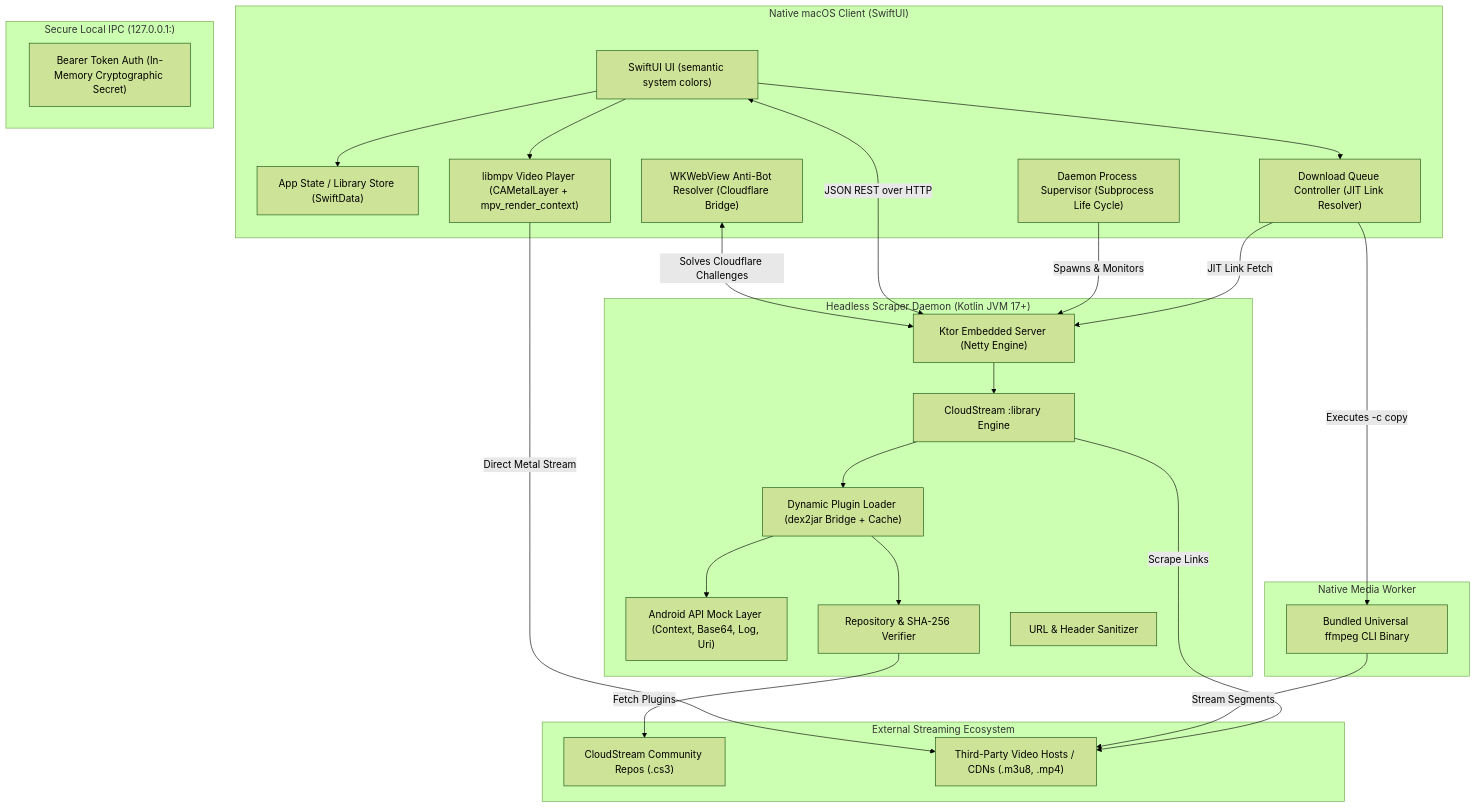
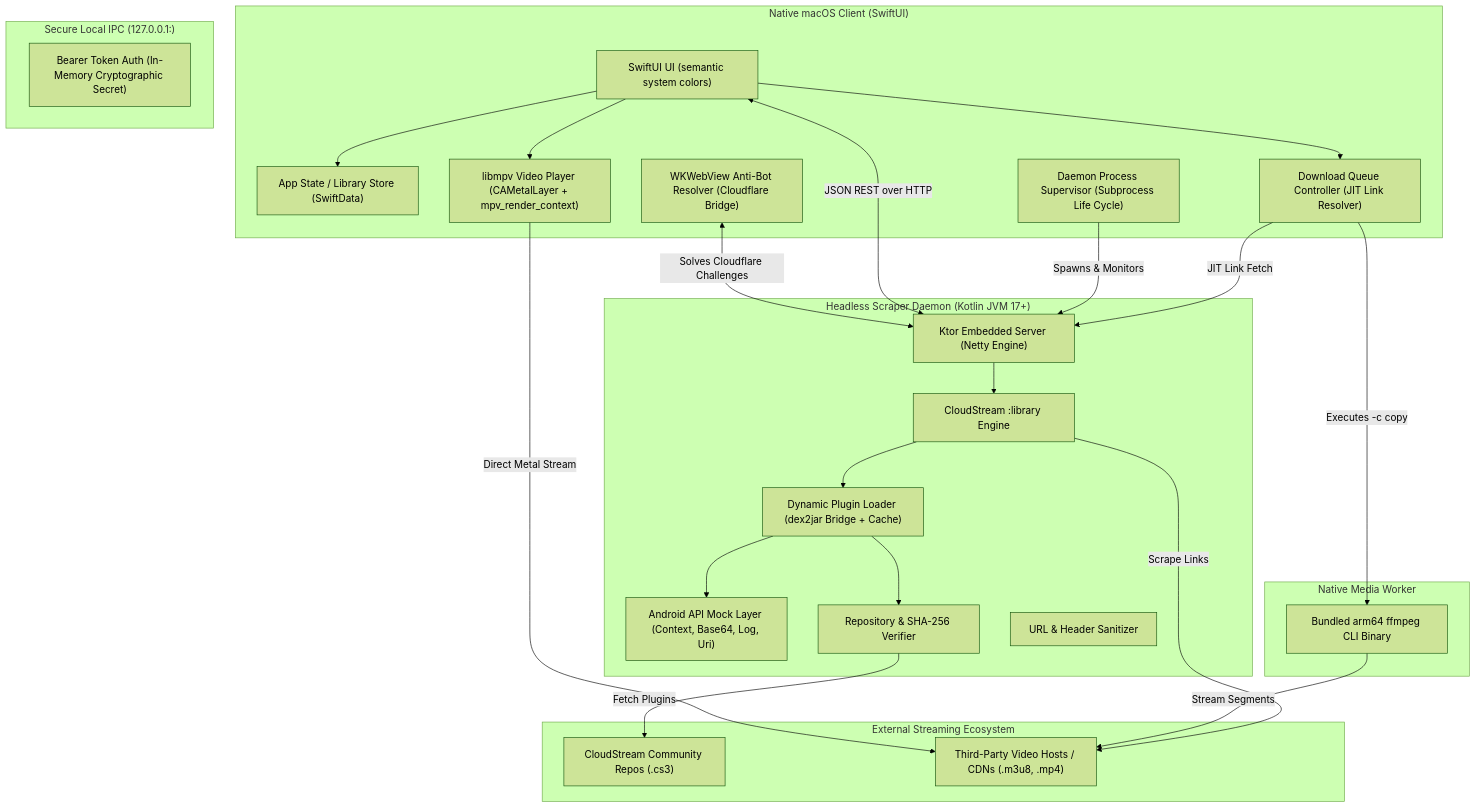
The diagram in docs/Architecture.md (krishnasinghrao/cloudstream-macos), drawn with Mermaid (forest theme) before and after one commit. The commit also changed 9 other files, not shown here.

````diff
--- a/docs/Architecture.md
+++ b/docs/Architecture.md
@@ -82,51 +82,51 @@
 ```mermaid
 graph TD
     subgraph "Native macOS Client (SwiftUI)"
         UI["SwiftUI UI (semantic system colors)"]
         State["App State / Library Store (SwiftData)"]
         ProcMgr["Daemon Process Supervisor (Subprocess Life Cycle)"]
         Player["libmpv Video Player (CAMetalLayer + mpv_render_context)"]
         Downloader["Download Queue Controller (JIT Link Resolver)"]
         WebBridge["WKWebView Anti-Bot Resolver (Cloudflare Bridge)"]
     end
 
     subgraph "Secure Local IPC (127.0.0.1:<random-port>)"
         Auth["Bearer Token Auth (In-Memory Cryptographic Secret)"]
     end
 
     subgraph "Headless Scraper Daemon (Kotlin JVM 17+)"
         Ktor["Ktor Embedded Server (Netty Engine)"]
         CSCore["CloudStream :library Engine"]
         AndroidStubs["Android API Mock Layer (Context, Base64, Log, Uri)"]
         PluginMgr["Dynamic Plugin Loader (dex2jar Bridge + Cache)"]
         RepoMgr["Repository & SHA-256 Verifier"]
         Sanitizer["URL & Header Sanitizer"]
     end
 
     subgraph "External Streaming Ecosystem"
         CommunityRepos["CloudStream Community Repos (.cs3)"]
         VideoHosts["Third-Party Video Hosts / CDNs (.m3u8, .mp4)"]
     end
 
     subgraph "Native Media Worker"
-        FFmpeg["Bundled Universal ffmpeg CLI Binary"]
+        FFmpeg["Bundled arm64 ffmpeg CLI Binary"]
     end
 
     UI --> State
     UI --> Player
     UI --> Downloader
     Downloader -->|JIT Link Fetch| Ktor
     Downloader -->|Executes -c copy| FFmpeg
     ProcMgr -->|Spawns & Monitors| Ktor
     UI <-->|JSON REST over HTTP| Ktor
     WebBridge <-->|Solves Cloudflare Challenges| Ktor
 
     Ktor --> CSCore
     CSCore --> PluginMgr
     PluginMgr --> AndroidStubs
     PluginMgr --> RepoMgr
     RepoMgr -->|Fetch Plugins| CommunityRepos
     CSCore -->|Scrape Links| VideoHosts
     FFmpeg -->|Stream Segments| VideoHosts
     Player -->|Direct Metal Stream| VideoHosts
 ```
````
